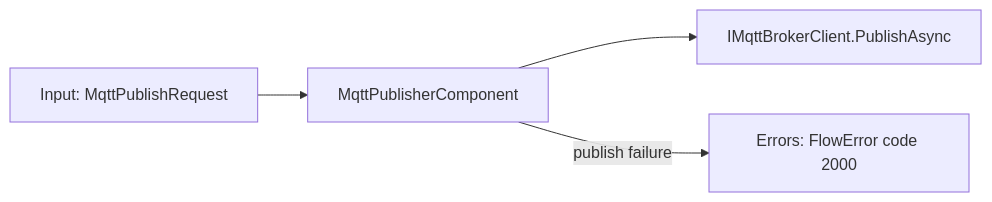
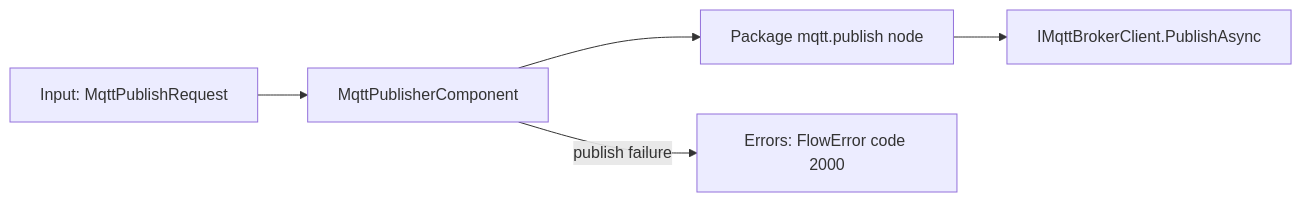
Diagram 12 of 19 in docs/flow-components.md (araxis/FluxMq), drawn with Mermaid before and after one commit. The commit also changed other lines of this file and 8 other files, not shown here.

Commit message:
Use package-backed MQTT components

````diff
--- a/docs/flow-components.md
+++ b/docs/flow-components.md
@@ -456,6 +457,7 @@
 ```mermaid
 flowchart LR
     In["Input: MqttPublishRequest"] --> Publisher["MqttPublisherComponent"]
-    Publisher --> Client["IMqttBrokerClient.PublishAsync"]
+    Publisher --> Package["Package mqtt.publish node"]
+    Package --> Client["IMqttBrokerClient.PublishAsync"]
     Publisher -->|publish failure| Errors["Errors: FlowError code 2000"]
 ```
````
